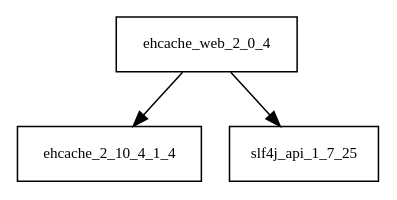
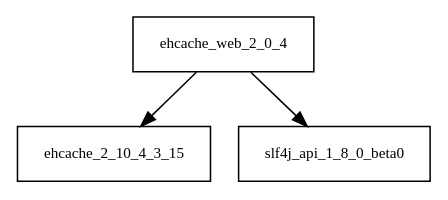
One commit to AglaianWoman/cia changed the diagram in tattleTaleReport/graphviz/ehcache-web-2.0.4.jar/ehcache-web-2.0.4.jar.dot. Above: the diagram before and after it, drawn with Graphviz. The commit also changed 3162 other files, not shown here.

```diff
--- a/tattleTaleReport/graphviz/ehcache-web-2.0.4.jar/ehcache-web-2.0.4.jar.dot
+++ b/tattleTaleReport/graphviz/ehcache-web-2.0.4.jar/ehcache-web-2.0.4.jar.dot
@@ -1,5 +1,5 @@
 digraph ehcache_web_2_0_4_dependencies {
   node [shape = box, fontsize=10.0];
-  ehcache_web_2_0_4 -> ehcache_2_10_4_1_4;
-  ehcache_web_2_0_4 -> slf4j_api_1_7_25;
+  ehcache_web_2_0_4 -> ehcache_2_10_4_3_15;
+  ehcache_web_2_0_4 -> slf4j_api_1_8_0_beta0;
 }
```
